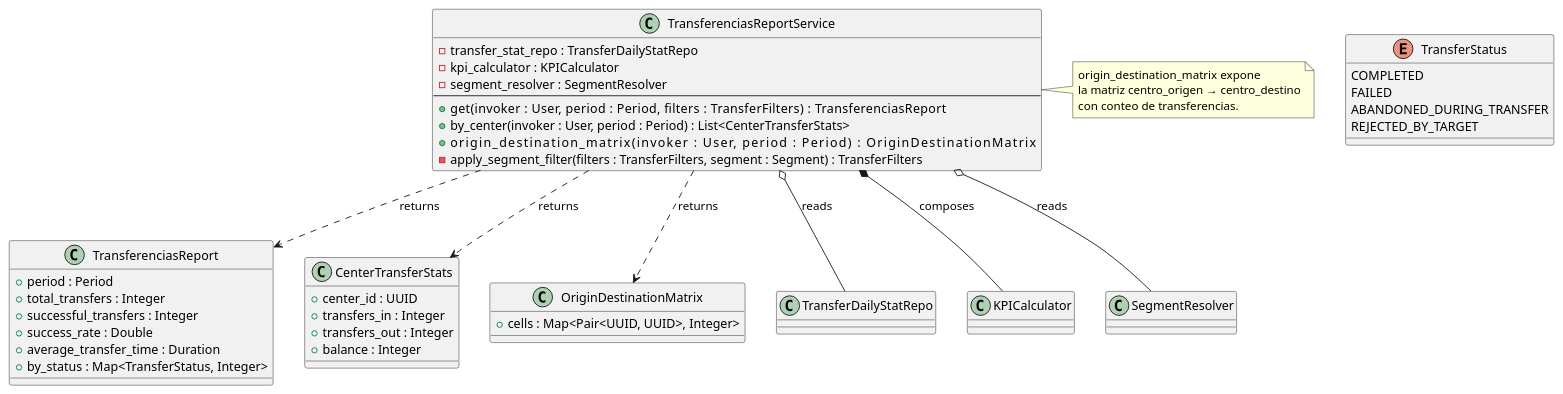
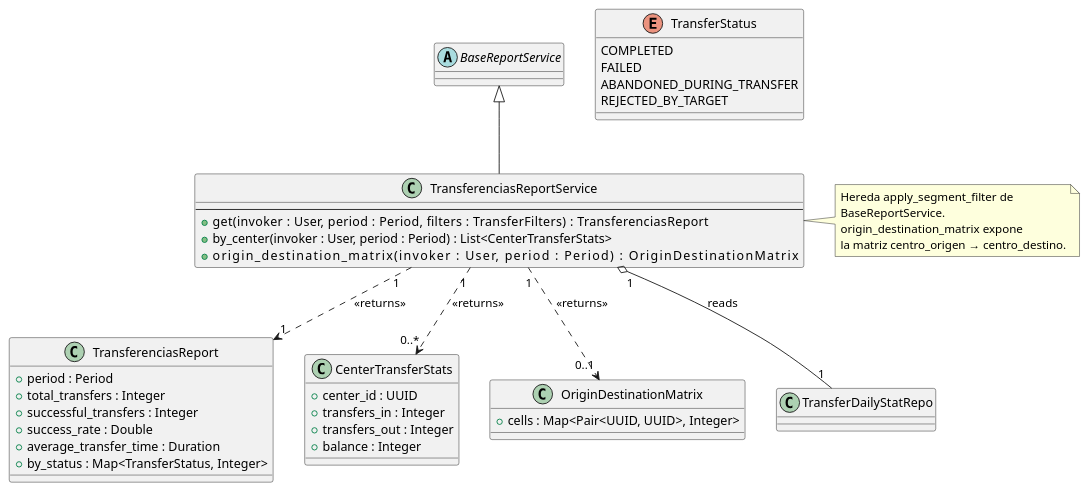
Before and after one commit to jcg-admin/IACT-docs: the diagram in source/arquitectura-tecnica/domain-model/transferencias-report-service.rst, drawn with PlantUML. The commit also changed 53 other files, not shown here.

First line of the commit message:
Apply UML rigor pass batch 1: RBAC core + Reports generalization

```diff
--- a/source/arquitectura-tecnica/domain-model/transferencias-report-service.rst
+++ b/source/arquitectura-tecnica/domain-model/transferencias-report-service.rst
@@ -27,64 +27,61 @@
 .. uml::
  :caption: Clase TransferenciasReportService — reporte de
            transferencias entre centros con matriz O/D.
 
  @startuml
 
+ abstract class BaseReportService
+
  class TransferenciasReportService {
-   - transfer_stat_repo : TransferDailyStatRepo
-   - kpi_calculator : KPICalculator
-   - segment_resolver : SegmentResolver
    --
    + get(invoker : User, period : Period, \
          filters : TransferFilters) : TransferenciasReport
    + by_center(invoker : User, period : Period) : List<CenterTransferStats>
    + origin_destination_matrix(invoker : User, \
                                  period : Period) : OriginDestinationMatrix
-   - apply_segment_filter(filters : TransferFilters, segment : Segment) : TransferFilters
  }
+
+ BaseReportService <|-- TransferenciasReportService
 
  class TransferenciasReport {
    + period : Period
    + total_transfers : Integer
    + successful_transfers : Integer
    + success_rate : Double
    + average_transfer_time : Duration
    + by_status : Map<TransferStatus, Integer>
  }
 
  class CenterTransferStats {
    + center_id : UUID
    + transfers_in : Integer
    + transfers_out : Integer
    + balance : Integer
  }
 
  class OriginDestinationMatrix {
    + cells : Map<Pair<UUID, UUID>, Integer>
  }
 
  enum TransferStatus {
    COMPLETED
    FAILED
    ABANDONED_DURING_TRANSFER
    REJECTED_BY_TARGET
  }
 
  class TransferDailyStatRepo
- class KPICalculator
- class SegmentResolver
 
- TransferenciasReportService o-- TransferDailyStatRepo : reads
- TransferenciasReportService *-- KPICalculator : composes
- TransferenciasReportService o-- SegmentResolver : reads
- TransferenciasReportService ..> TransferenciasReport : returns
- TransferenciasReportService ..> CenterTransferStats : returns
- TransferenciasReportService ..> OriginDestinationMatrix : returns
+ TransferenciasReportService "1" o-- "1" TransferDailyStatRepo : reads
+ TransferenciasReportService "1" ..> "1" TransferenciasReport : <<returns>>
+ TransferenciasReportService "1" ..> "0..*" CenterTransferStats : <<returns>>
+ TransferenciasReportService "1" ..> "0..1" OriginDestinationMatrix : <<returns>>
 
  note right of TransferenciasReportService
+   Hereda apply_segment_filter de
+   BaseReportService.
    origin_destination_matrix expone
-   la matriz centro_origen → centro_destino
-   con conteo de transferencias.
+   la matriz centro_origen → centro_destino.
  end note
 
  @enduml
```
